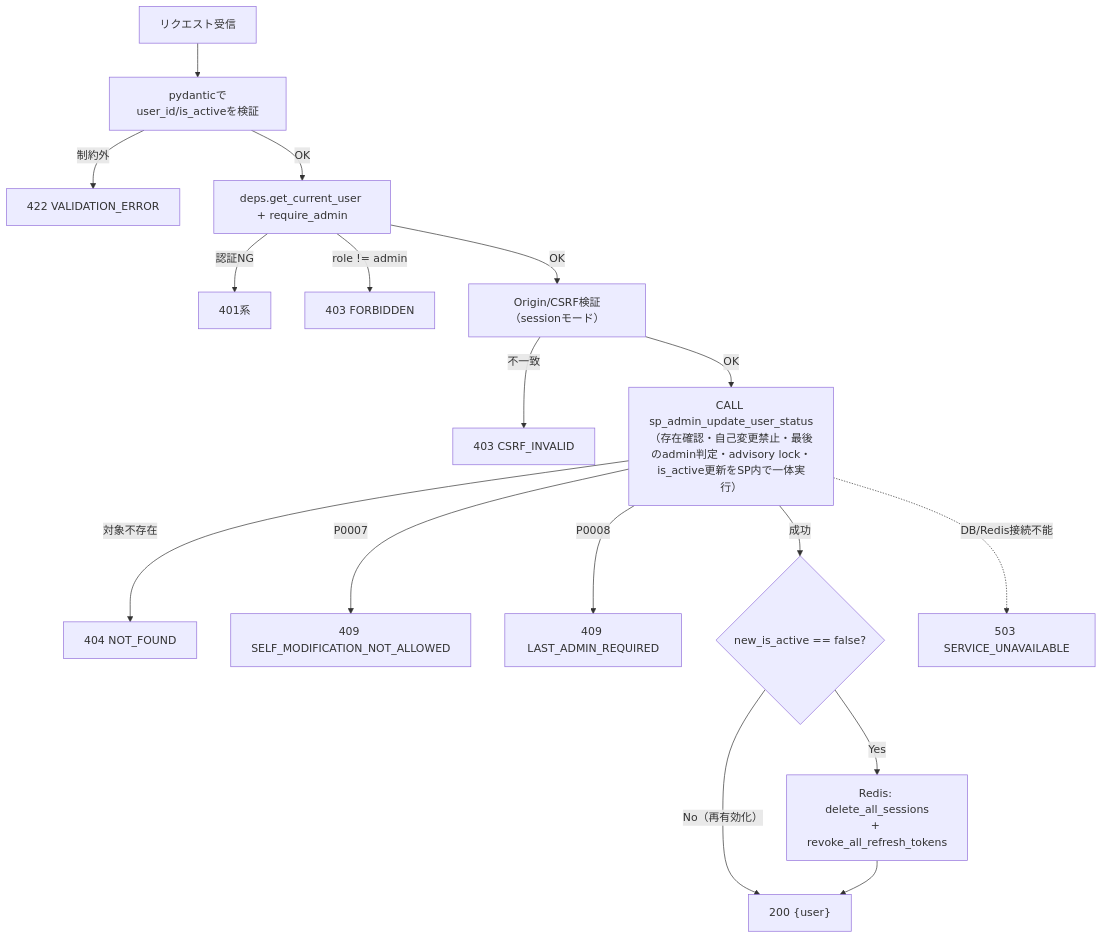
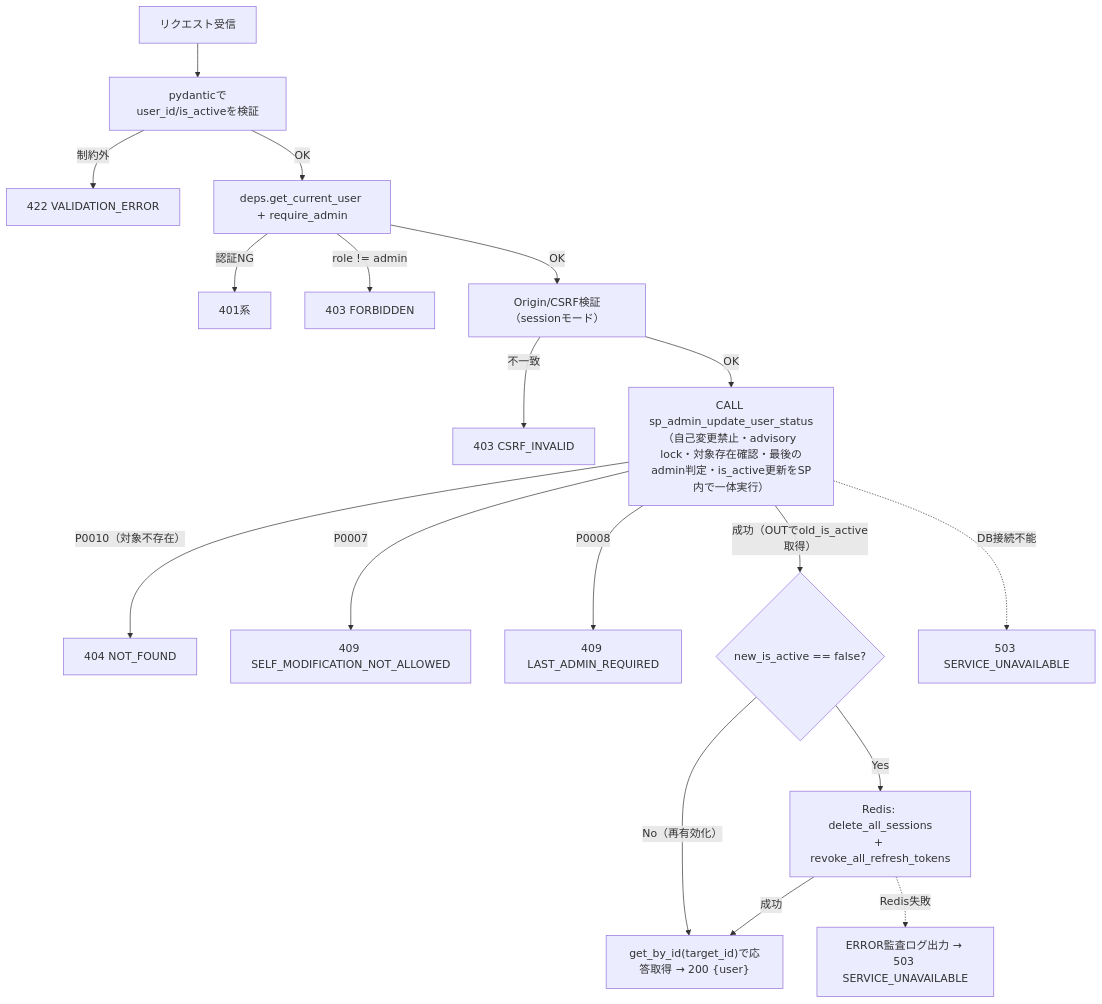
The second of 4 diagrams in docs/detailed_design/api/admin/03_patch_admin_user_status.md (oikawa-d/task_management), drawn with Mermaid before and after one commit. The commit also changed other lines of this file and 28 other files, not shown here.

````diff
--- a/docs/detailed_design/api/admin/03_patch_admin_user_status.md
+++ b/docs/detailed_design/api/admin/03_patch_admin_user_status.md
@@ -136,19 +153,20 @@
 ```mermaid
 flowchart TB
     A["リクエスト受信"] --> B["pydanticでuser_id/is_activeを検証"]
     B -->|"制約外"| B1["422 VALIDATION_ERROR"]
     B -->|"OK"| C["deps.get_current_user + require_admin"]
     C -->|"認証NG"| C1["401系"]
     C -->|"role != admin"| C2["403 FORBIDDEN"]
     C -->|"OK"| D["Origin/CSRF検証（sessionモード）"]
     D -->|"不一致"| D1["403 CSRF_INVALID"]
-    D -->|"OK"| I["CALL sp_admin_update_user_status<br/>（存在確認・自己変更禁止・最後のadmin判定・advisory lock・is_active更新をSP内で一体実行）"]
-    I -->|"対象不存在"| E1["404 NOT_FOUND"]
+    D -->|"OK"| I["CALL sp_admin_update_user_status<br/>（自己変更禁止・advisory lock・対象存在確認・最後のadmin判定・is_active更新をSP内で一体実行）"]
+    I -->|"P0010（対象不存在）"| E1["404 NOT_FOUND"]
     I -->|"P0007"| F1["409 SELF_MODIFICATION_NOT_ALLOWED"]
     I -->|"P0008"| H1["409 LAST_ADMIN_REQUIRED"]
-    I -->|"成功"| J{"new_is_active == false?"}
+    I -->|"成功（OUTでold_is_active取得）"| J{"new_is_active == false?"}
     J -->|"Yes"| K["Redis: delete_all_sessions<br/>+ revoke_all_refresh_tokens"]
-    J -->|"No（再有効化）"| L["200 {user}"]
-    K --> L
-    I -.->|"DB/Redis接続不能"| M["503 SERVICE_UNAVAILABLE"]
+    J -->|"No（再有効化）"| L["get_by_id(target_id)で応答取得 → 200 {user}"]
+    K -->|"成功"| L
+    K -.->|"Redis失敗"| M2["ERROR監査ログ出力 → 503 SERVICE_UNAVAILABLE"]
+    I -.->|"DB接続不能"| M["503 SERVICE_UNAVAILABLE"]
 ```
````
